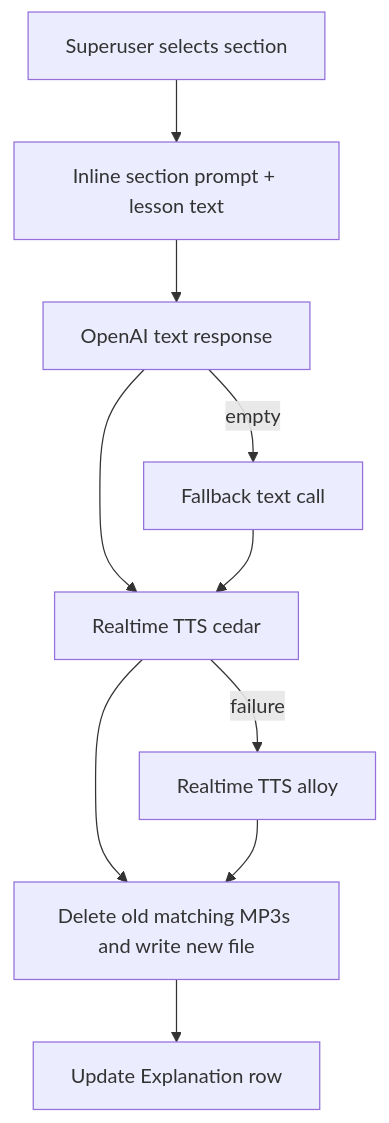
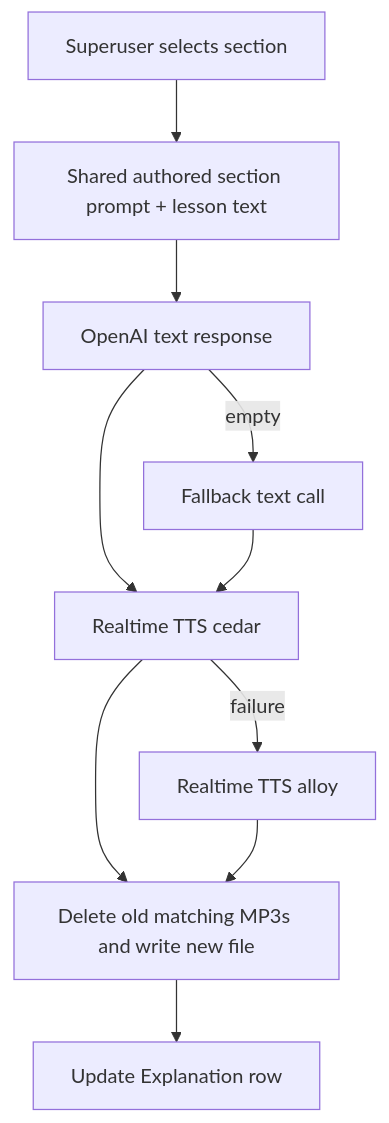
Before and after one commit to abdiraiymzhandos/ai_english: the second of 4 diagrams in docs/AI_INTEGRATIONS.md, drawn with Mermaid. The commit also changed other lines of this file and 31 other files, not shown here.

````diff
--- a/docs/AI_INTEGRATIONS.md
+++ b/docs/AI_INTEGRATIONS.md
@@ -87,12 +93,12 @@
 ```mermaid
 flowchart TD
-    A[Superuser selects section] --> B[Inline section prompt + lesson text]
+    A[Superuser selects section] --> B[Shared authored section prompt + lesson text]
     B --> C[OpenAI text response]
     C -->|empty| D[Fallback text call]
     C --> E[Realtime TTS cedar]
     D --> E
     E -->|failure| F[Realtime TTS alloy]
     E --> G[Delete old matching MP3s and write new file]
     F --> G
     G --> H[Update Explanation row]
 ```
````
